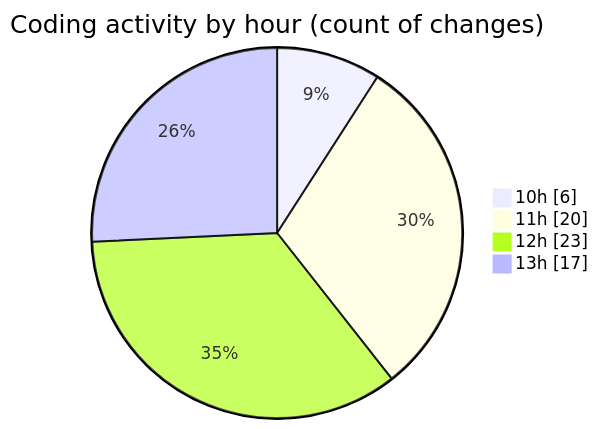
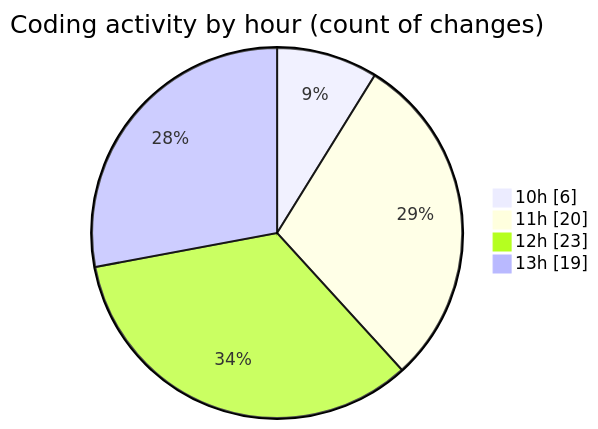
Before and after one commit to nxtqubesakshisongat/code-tracking: the second of 2 diagrams in 2025-05-05/nxtqube_webapp/README.md, drawn with Mermaid. The commit also changed other lines of this file and 1 other file, not shown here.

````diff
--- a/2025-05-05/nxtqube_webapp/README.md
+++ b/2025-05-05/nxtqube_webapp/README.md
@@ -28,8 +28,8 @@
 ```mermaid
 pie showData
 title Coding activity by hour (count of changes)
 "10h" : 6
 "11h" : 20
 "12h" : 23
-"13h" : 17
+"13h" : 19
 ```
````
